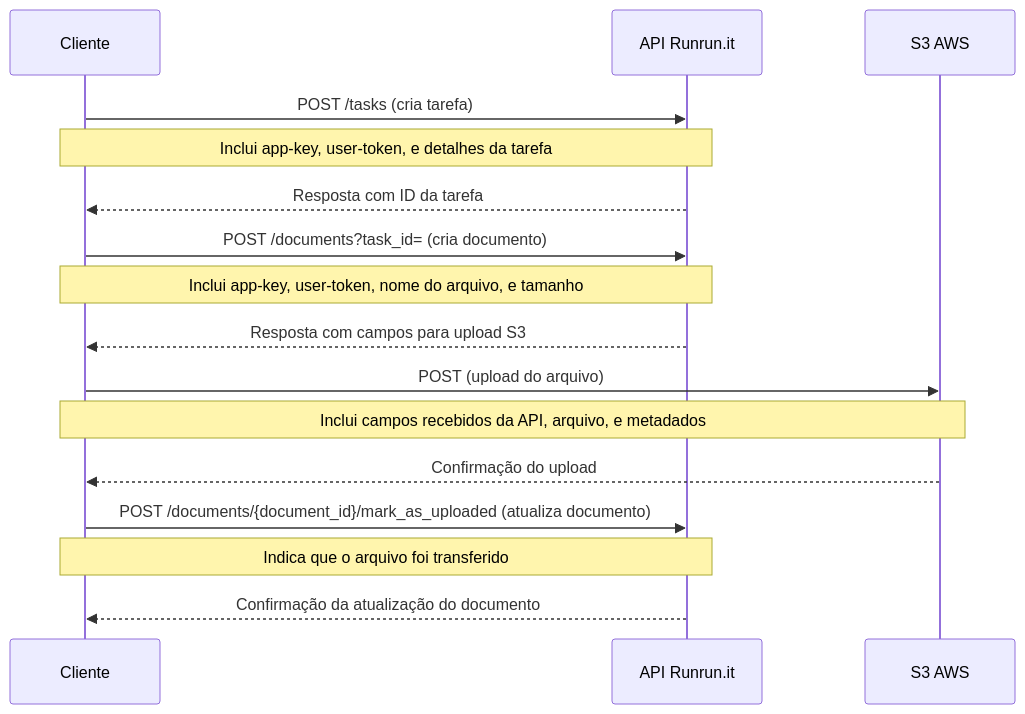
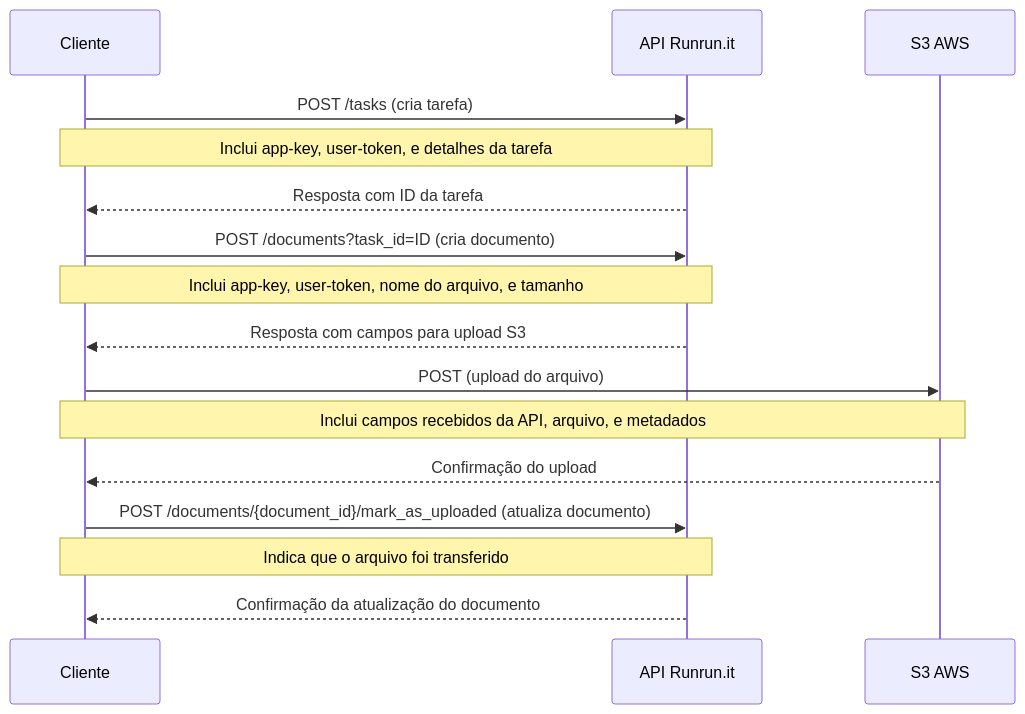
The diagram in README.md (Runrunit/api_examples), drawn with Mermaid before and after one commit. The commit also changed other lines of this file, not shown here.

````diff
--- a/README.md
+++ b/README.md
@@ -11,22 +12,22 @@
 ```mermaid
 sequenceDiagram
     participant C as Cliente
     participant API as API Runrun.it
     participant S3 as S3 AWS
 
     C->>API: POST /tasks (cria tarefa)
     Note over C,API: Inclui app-key, user-token, e detalhes da tarefa
     API-->>C: Resposta com ID da tarefa
 
-    C->>API: POST /documents?task_id= (cria documento)
+    C->>API: POST /documents?task_id=ID (cria documento)
     Note over C,API: Inclui app-key, user-token, nome do arquivo, e tamanho
     API-->>C: Resposta com campos para upload S3
 
     C->>S3: POST (upload do arquivo)
     Note over C,S3: Inclui campos recebidos da API, arquivo, e metadados
     S3-->>C: Confirmação do upload
 
     C->>API: POST /documents/{document_id}/mark_as_uploaded (atualiza documento)
     Note over C,API: Indica que o arquivo foi transferido
     API-->>C: Confirmação da atualização do documento
 ```
````
